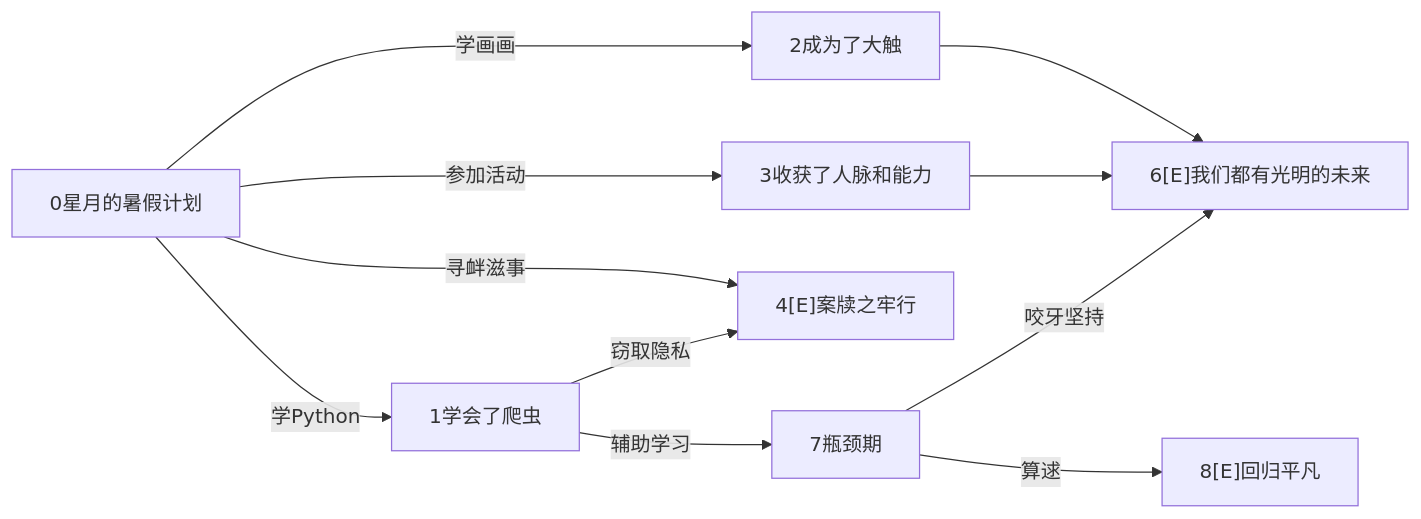
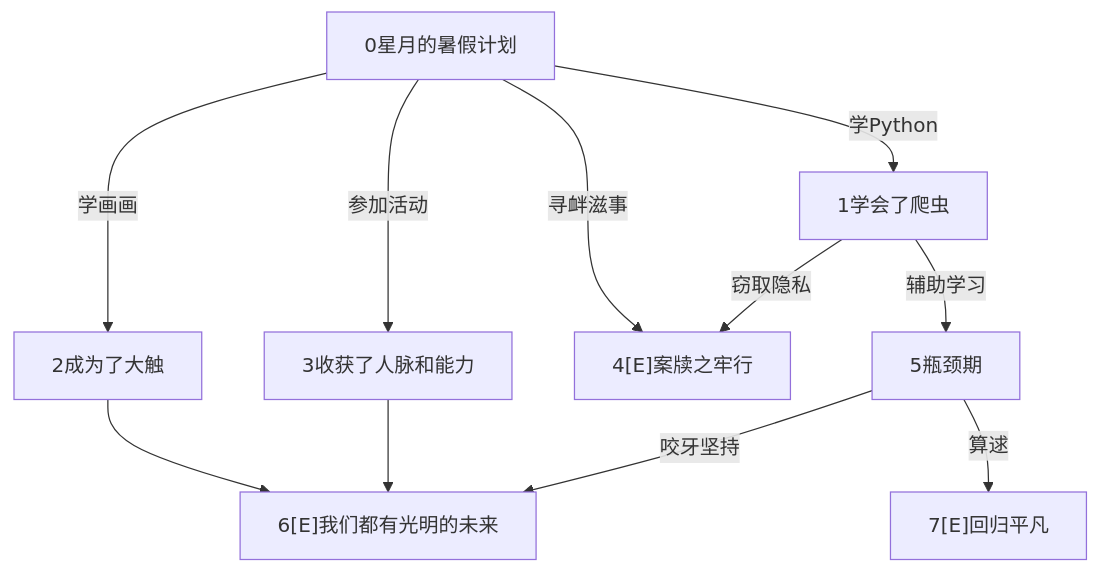
Before and after one commit to lr580/zyxl: the diagram in README.md, drawn with Mermaid. The commit also changed other lines of this file and 3 other files, not shown here.

````diff
--- a/README.md
+++ b/README.md
@@ -78,13 +86,13 @@
 ```mermaid
-graph LR
+graph TD
 	v0["0星月的暑假计划"]-->|"学Python"|v1["1学会了爬虫"]
 	v0-->|"学画画"|v2["2成为了大触"]
 	v0-->|"参加活动"|v3["3收获了人脉和能力"]
 	v0-->|"寻衅滋事"|v4["4[E]案牍之牢行"]
-	v1-->|"辅助学习"|v7["7瓶颈期"]
+	v1-->|"辅助学习"|v5["5瓶颈期"]
 	v2-->v6["6[E]我们都有光明的未来"]
 	v3-->v6
 	v1-->|"窃取隐私"|v4
-	v7-->|"咬牙坚持"|v6
-	v7-->|"算逑"|v8["8[E]回归平凡"]
+	v5-->|"咬牙坚持"|v6
+	v5-->|"算逑"|v7["7[E]回归平凡"]
 ```
````
